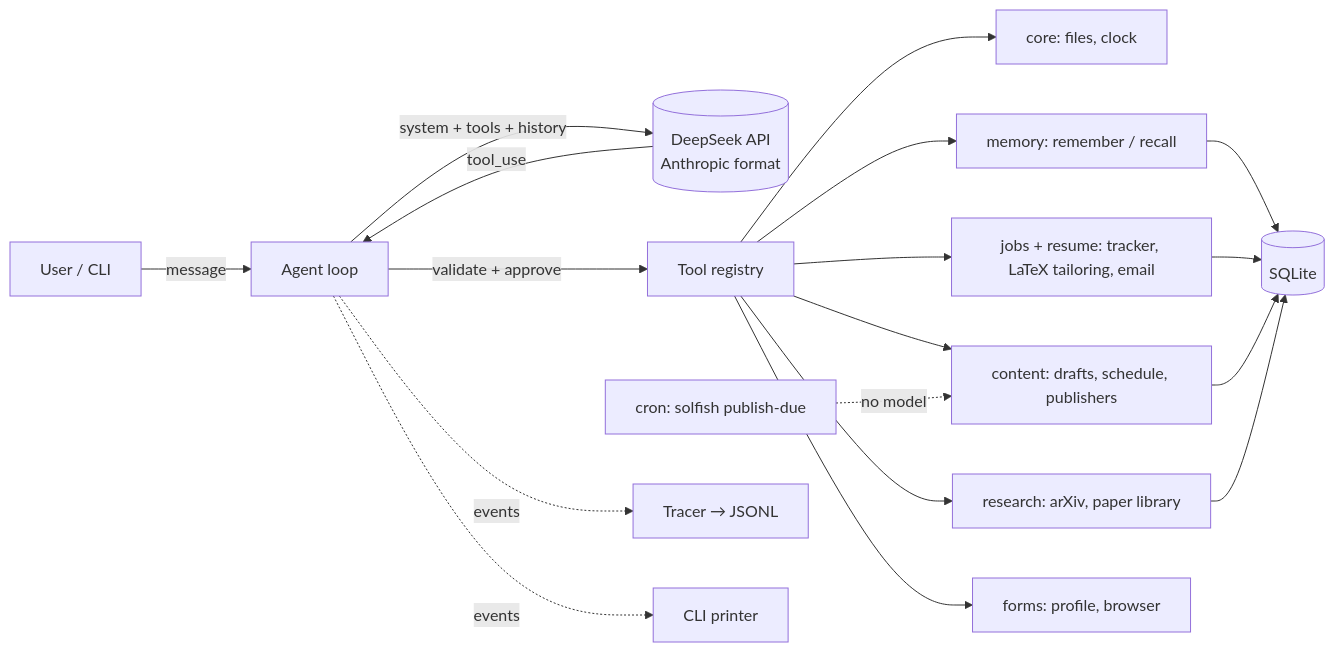
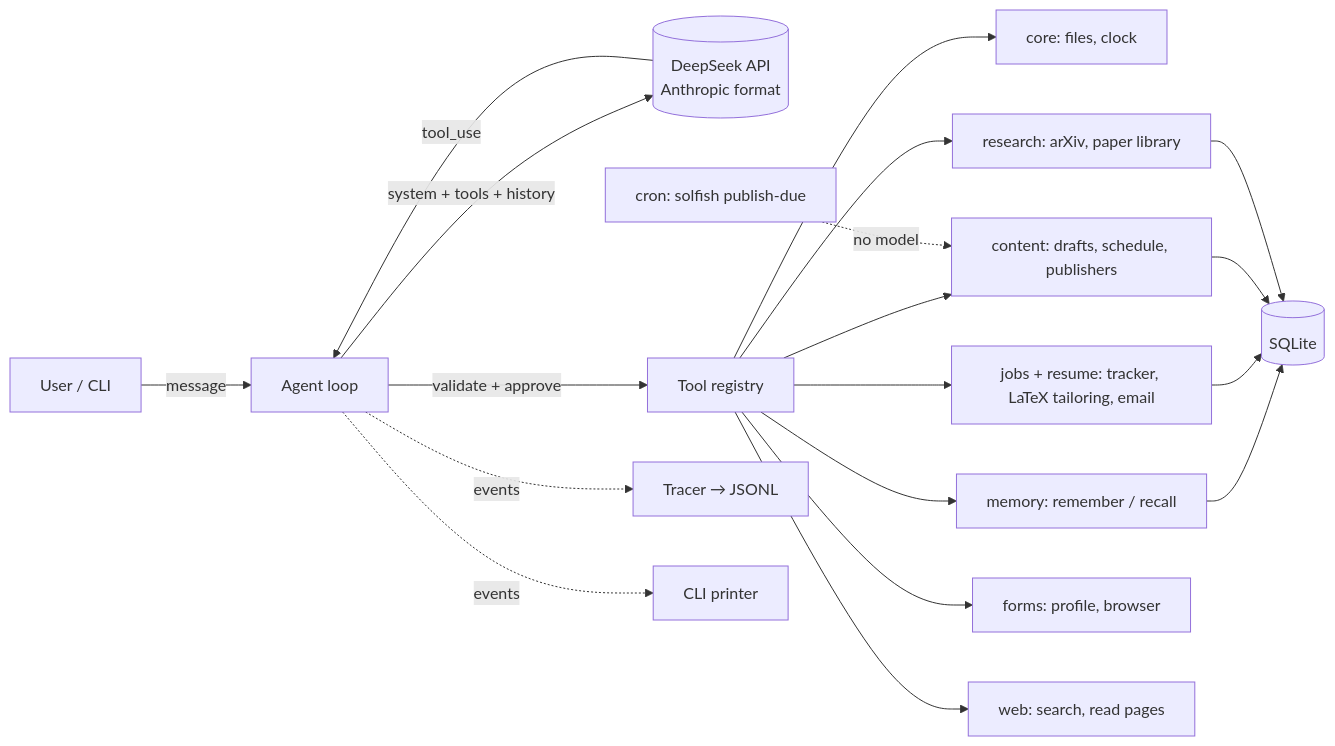
One commit to yx-yan/Solfish changed the diagram in README.md. Above: the diagram before and after it, drawn with Mermaid. The commit also changed other lines of this file and 8 other files, not shown here.

First line of the commit message:
Add a web skill: search the web and read pages

````diff
--- a/README.md
+++ b/README.md
@@ -37,17 +37,18 @@
 ```mermaid
 flowchart LR
     U[User / CLI] -->|message| L[Agent loop]
     L -->|system + tools + history| M[(DeepSeek API<br/>Anthropic format)]
     M -->|tool_use| L
     L -->|validate + approve| R[Tool registry]
     R --> S1[core: files, clock]
     R --> S2[memory: remember / recall]
     R --> S3[jobs + resume: tracker, LaTeX tailoring, email]
     R --> S4[content: drafts, schedule, publishers]
     R --> S5[research: arXiv, paper library]
     R --> S6[forms: profile, browser]
+    R --> S7[web: search, read pages]
     S2 & S3 & S4 & S5 --> DB[(SQLite)]
     C[cron: solfish publish-due] -.no model.-> S4
     L -.events.-> T[Tracer → JSONL]
     L -.events.-> P[CLI printer]
 ```
````
